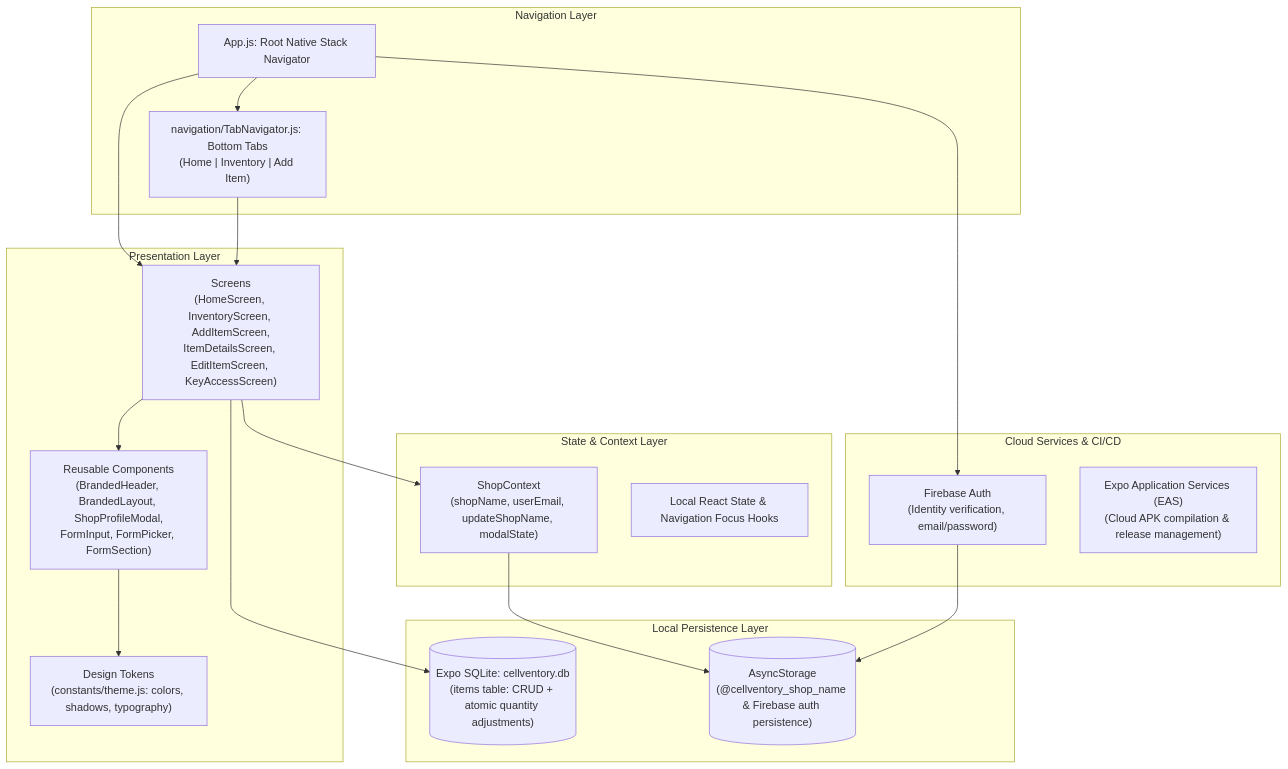
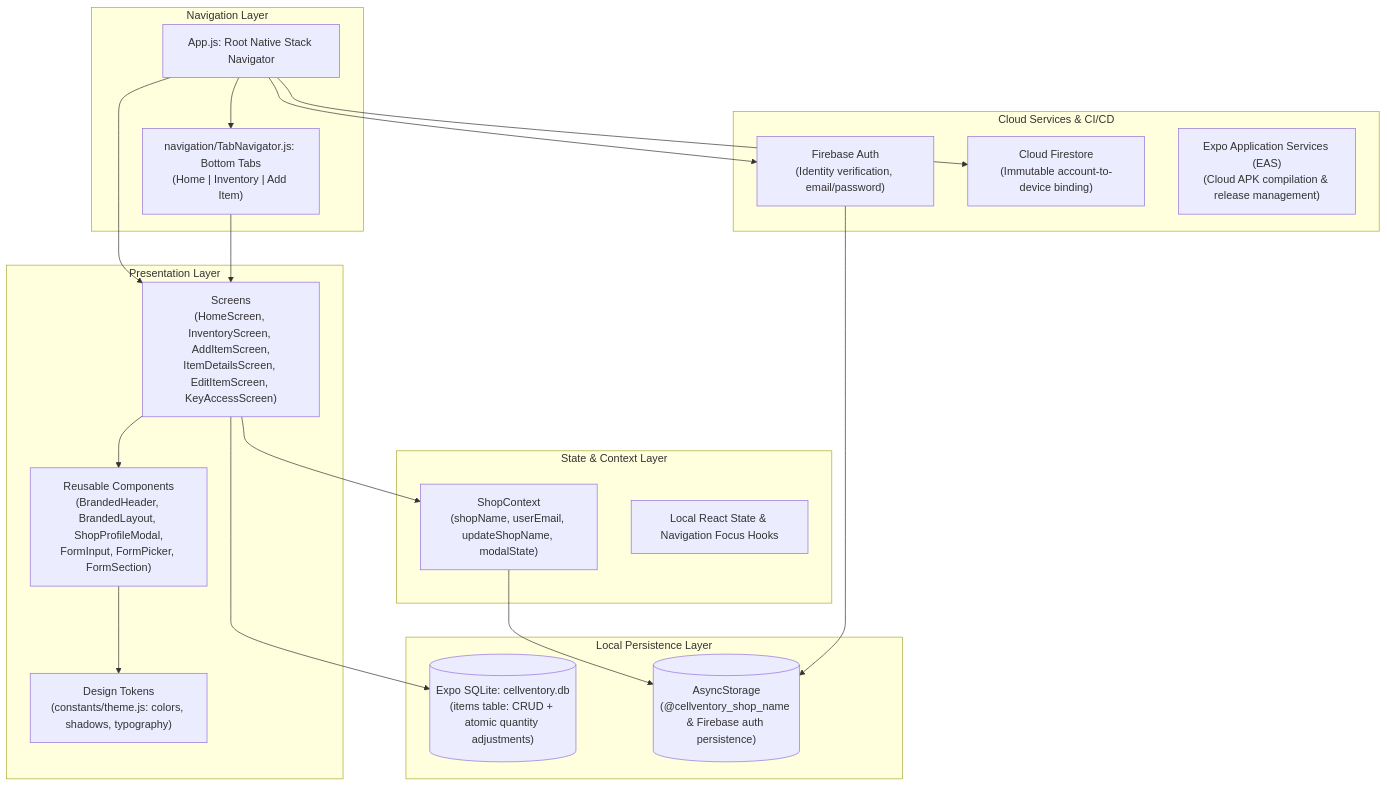
Before and after one commit to teqperts/cellventory: the first of 6 diagrams in docs/ARCHITECTURE.md, drawn with Mermaid. The commit also changed other lines of this file and 11 other files, not shown here.

````diff
--- a/docs/ARCHITECTURE.md
+++ b/docs/ARCHITECTURE.md
@@ -26,40 +26,42 @@
 ```mermaid
 graph TD
     subgraph Presentation_Layer["Presentation Layer"]
         UI_Screens["Screens\n(HomeScreen, InventoryScreen, AddItemScreen,\nItemDetailsScreen, EditItemScreen, KeyAccessScreen)"]
         UI_Components["Reusable Components\n(BrandedHeader, BrandedLayout, ShopProfileModal,\nFormInput, FormPicker, FormSection)"]
         UI_Theme["Design Tokens\n(constants/theme.js: colors, shadows, typography)"]
     end
 
     subgraph Navigation_Layer["Navigation Layer"]
         Root_Nav["App.js: Root Native Stack Navigator"]
         Tab_Nav["navigation/TabNavigator.js: Bottom Tabs\n(Home | Inventory | Add Item)"]
     end
 
     subgraph State_Layer["State & Context Layer"]
         Shop_Context["ShopContext\n(shopName, userEmail, updateShopName, modalState)"]
         Screen_Hooks["Local React State & Navigation Focus Hooks"]
     end
 
     subgraph Persistence_Layer["Local Persistence Layer"]
         SQLite_DB[("Expo SQLite: cellventory.db\n(items table: CRUD + atomic quantity adjustments)")]
         Async_Store[("AsyncStorage\n(@cellventory_shop_name & Firebase auth persistence)")]
     end
 
     subgraph Cloud_Layer["Cloud Services & CI/CD"]
         Firebase_Auth["Firebase Auth\n(Identity verification, email/password)"]
+        Firestore_Binding["Cloud Firestore\n(Immutable account-to-device binding)"]
         EAS_Build["Expo Application Services (EAS)\n(Cloud APK compilation & release management)"]
     end
 
     %% Relationships
     UI_Screens --> UI_Components
     UI_Components --> UI_Theme
     Root_Nav --> UI_Screens
     Root_Nav --> Tab_Nav
     Tab_Nav --> UI_Screens
     UI_Screens --> Shop_Context
     UI_Screens --> SQLite_DB
     Shop_Context --> Async_Store
     Root_Nav --> Firebase_Auth
+    Root_Nav --> Firestore_Binding
     Firebase_Auth --> Async_Store
 ```
````
